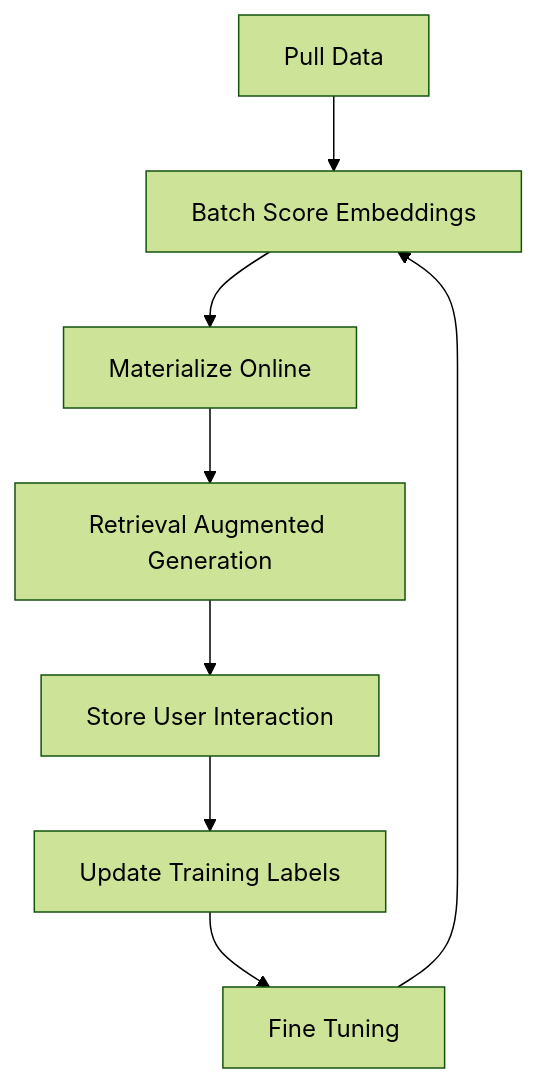
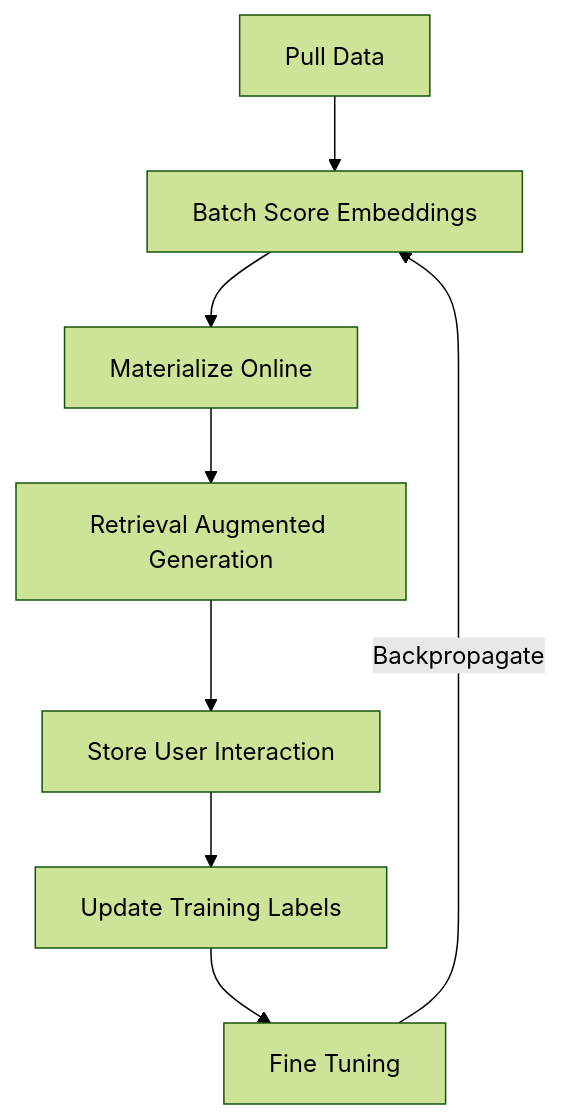
The diagram in demos/feast-rag/README.md (franciscojavierarceo/Python), drawn with Mermaid (forest theme) before and after one commit.

````diff
--- a/demos/feast-rag/README.md
+++ b/demos/feast-rag/README.md
@@ -30,10 +30,10 @@
 ```mermaid
 flowchart TD;
     A[Pull Data] --> B[Batch Score Embeddings];
     B[Batch Score Embeddings] --> C[Materialize Online];
     C[Materialize Online] --> D[Retrieval Augmented Generation];
     D[Retrieval Augmented Generation] --> E[Store User Interaction];
     E[Store User Interaction] --> F[Update Training Labels];
     F[Update Training Labels] --> H[Fine Tuning];
-    H[Fine Tuning] --> B[Batch Score Embeddings];
+    H[Fine Tuning] -- Backpropagate --> B[Batch Score Embeddings];
 ```
````
